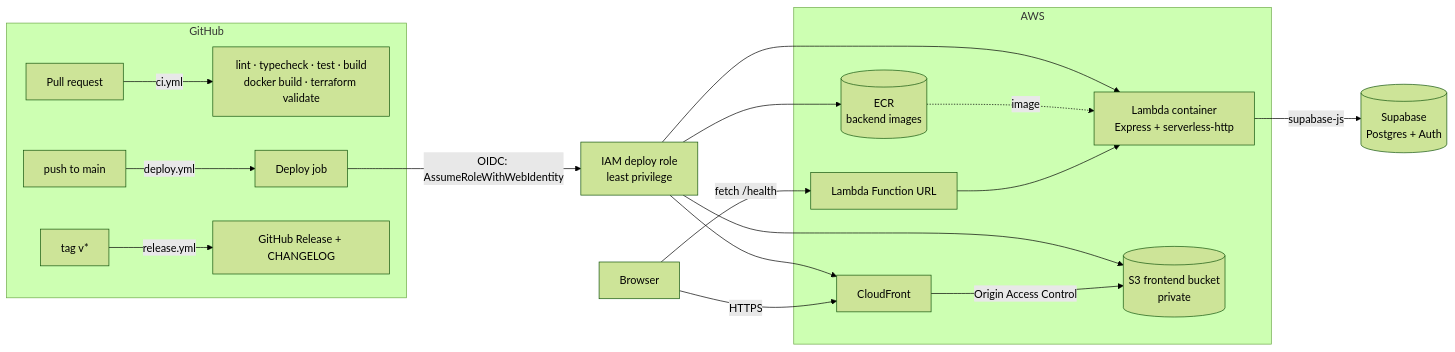
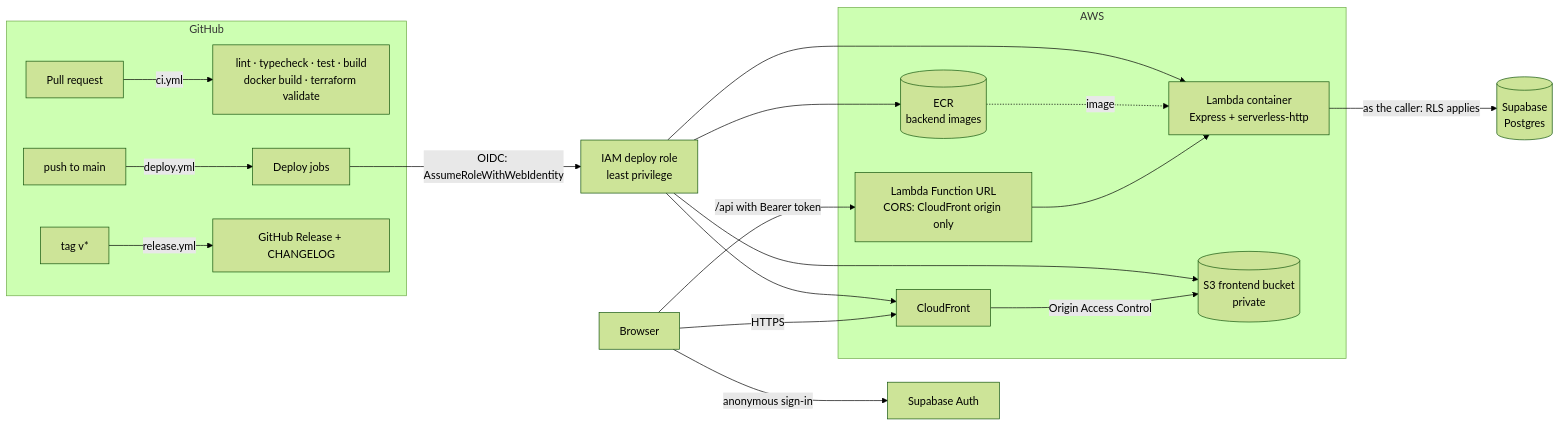
Before and after one commit to santiago-torres1/progress-tracker: the diagram in README.md, drawn with Mermaid (forest theme). The commit also changed other lines of this file and 61 other files, not shown here.

````diff
--- a/README.md
+++ b/README.md
@@ -25,24 +41,25 @@
 ```mermaid
 flowchart LR
   subgraph GitHub
     pr[Pull request] -->|ci.yml| ci[lint · typecheck · test · build<br/>docker build · terraform validate]
-    main[push to main] -->|deploy.yml| deploy[Deploy job]
+    main[push to main] -->|deploy.yml| deploy[Deploy jobs]
     tag[tag v*] -->|release.yml| rel[GitHub Release + CHANGELOG]
   end
 
   deploy -->|OIDC: AssumeRoleWithWebIdentity| role[IAM deploy role<br/>least privilege]
   role --> ecr[(ECR<br/>backend images)]
   role --> lambda
   role --> s3
   role --> cf
 
   subgraph AWS
     ecr -. image .-> lambda[Lambda container<br/>Express + serverless-http]
-    furl[Lambda Function URL] --> lambda
+    furl[Lambda Function URL<br/>CORS: CloudFront origin only] --> lambda
     cf[CloudFront] -->|Origin Access Control| s3[(S3 frontend bucket<br/>private)]
   end
 
   browser[Browser] -->|HTTPS| cf
-  browser -->|fetch /health| furl
-  lambda -->|supabase-js| supabase[(Supabase<br/>Postgres + Auth)]
+  browser -->|anonymous sign-in| sbauth[Supabase Auth]
+  browser -->|/api with Bearer token| furl
+  lambda -->|as the caller: RLS applies| supabase[(Supabase<br/>Postgres)]
 ```
````
